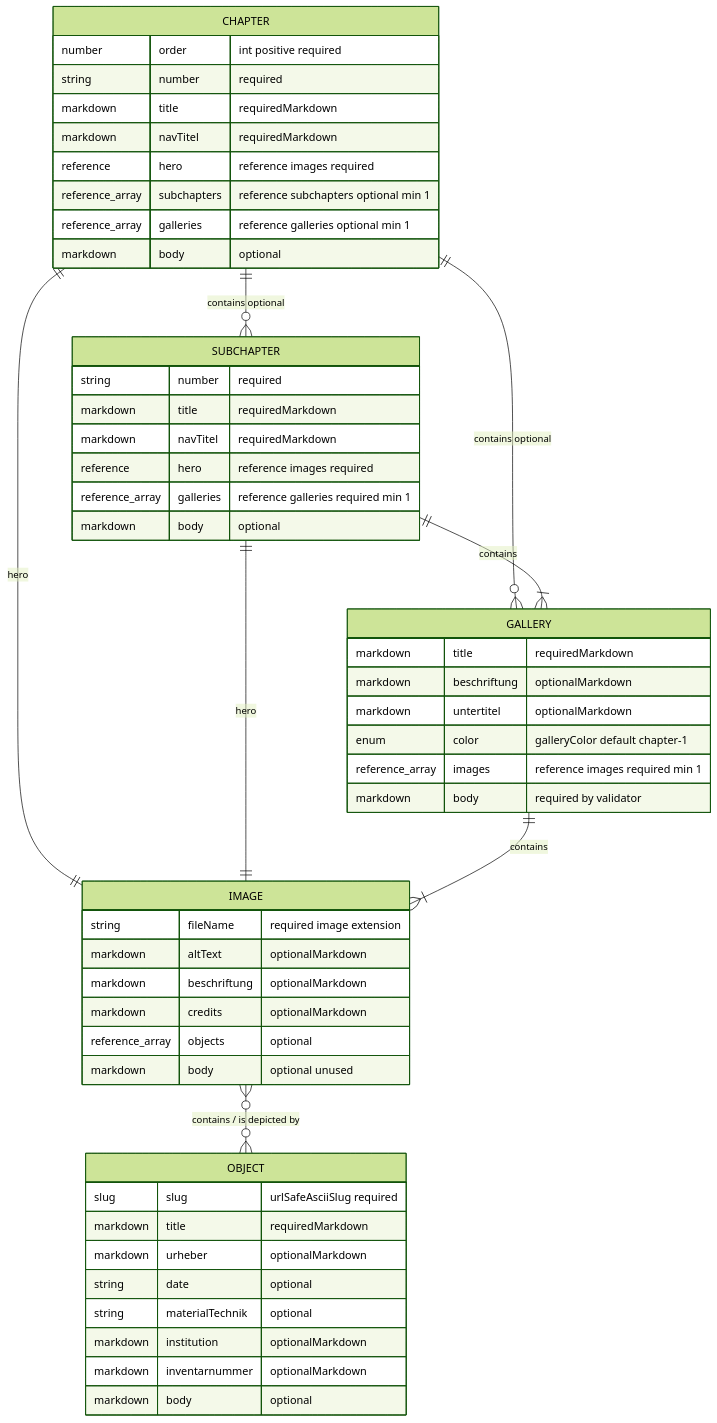
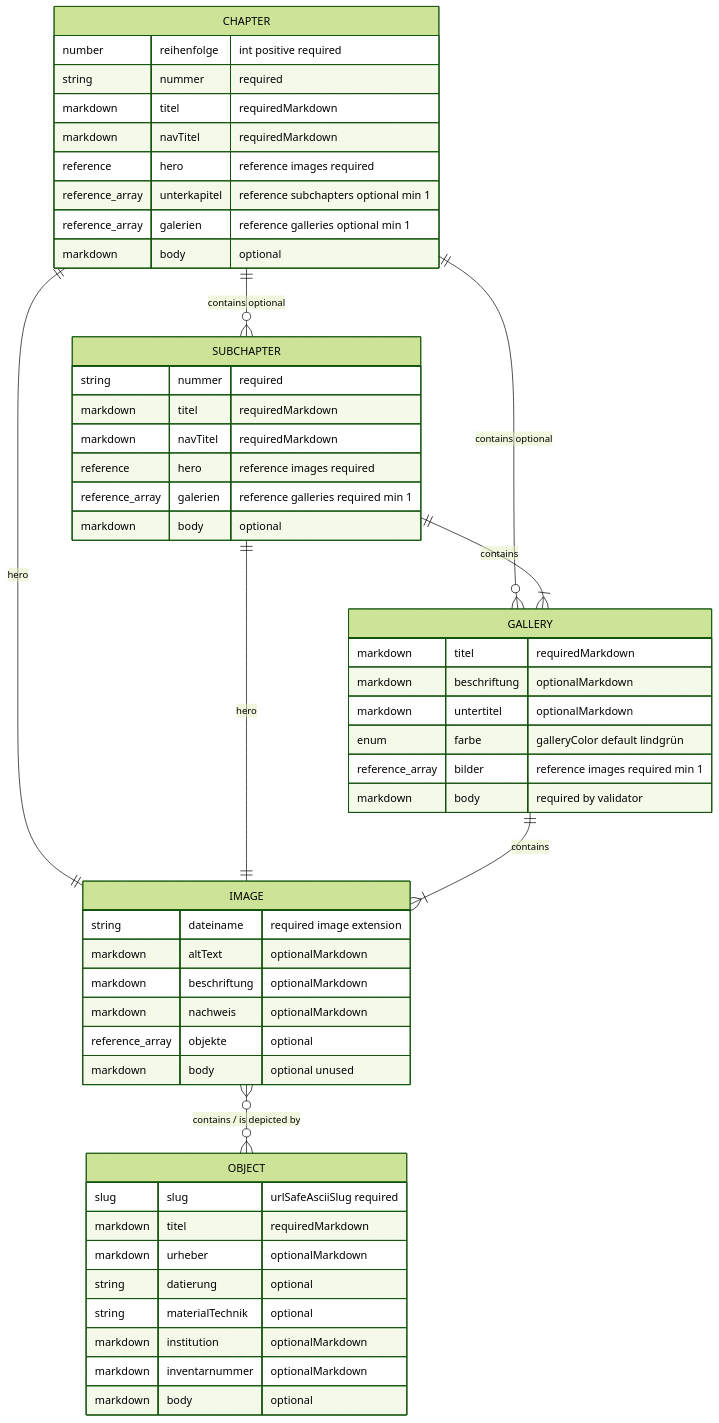
Before and after one commit to Theodor-Springmann-Stiftung/hebel-ausstellung: the diagram in docs/content-model.md, drawn with Mermaid (forest theme). The commit also changed other lines of this file and 29 other files, not shown here.

````diff
--- a/docs/content-model.md
+++ b/docs/content-model.md
@@ -260,59 +260,59 @@
 ```mermaid
 erDiagram
   CHAPTER ||--o{ SUBCHAPTER : "contains optional"
   CHAPTER ||--o{ GALLERY : "contains optional"
   CHAPTER ||--|| IMAGE : "hero"
   SUBCHAPTER ||--|{ GALLERY : "contains"
   SUBCHAPTER ||--|| IMAGE : "hero"
   GALLERY ||--|{ IMAGE : "contains"
   IMAGE }o--o{ OBJECT : "contains / is depicted by"
 
   CHAPTER {
-    number order "int positive required"
-    string number "required"
-    markdown title "requiredMarkdown"
+    number reihenfolge "int positive required"
+    string nummer "required"
+    markdown titel "requiredMarkdown"
     markdown navTitel "requiredMarkdown"
     reference hero "reference images required"
-    reference_array subchapters "reference subchapters optional min 1"
-    reference_array galleries "reference galleries optional min 1"
+    reference_array unterkapitel "reference subchapters optional min 1"
+    reference_array galerien "reference galleries optional min 1"
     markdown body "optional"
   }
 
   SUBCHAPTER {
-    string number "required"
-    markdown title "requiredMarkdown"
+    string nummer "required"
+    markdown titel "requiredMarkdown"
     markdown navTitel "requiredMarkdown"
     reference hero "reference images required"
-    reference_array galleries "reference galleries required min 1"
+    reference_array galerien "reference galleries required min 1"
     markdown body "optional"
   }
 
   GALLERY {
-    markdown title "requiredMarkdown"
+    markdown titel "requiredMarkdown"
     markdown beschriftung "optionalMarkdown"
     markdown untertitel "optionalMarkdown"
-    enum color "galleryColor default chapter-1"
-    reference_array images "reference images required min 1"
+    enum farbe "galleryColor default lindgrün"
+    reference_array bilder "reference images required min 1"
     markdown body "required by validator"
   }
 
   IMAGE {
-    string fileName "required image extension"
+    string dateiname "required image extension"
     markdown altText "optionalMarkdown"
     markdown beschriftung "optionalMarkdown"
-    markdown credits "optionalMarkdown"
-    reference_array objects "optional"
+    markdown nachweis "optionalMarkdown"
+    reference_array objekte "optional"
     markdown body "optional unused"
   }
 
   OBJECT {
     slug slug "urlSafeAsciiSlug required"
-    markdown title "requiredMarkdown"
+    markdown titel "requiredMarkdown"
     markdown urheber "optionalMarkdown"
-    string date "optional"
+    string datierung "optional"
     string materialTechnik "optional"
     markdown institution "optionalMarkdown"
     markdown inventarnummer "optionalMarkdown"
     markdown body "optional"
   }
 ```
````
